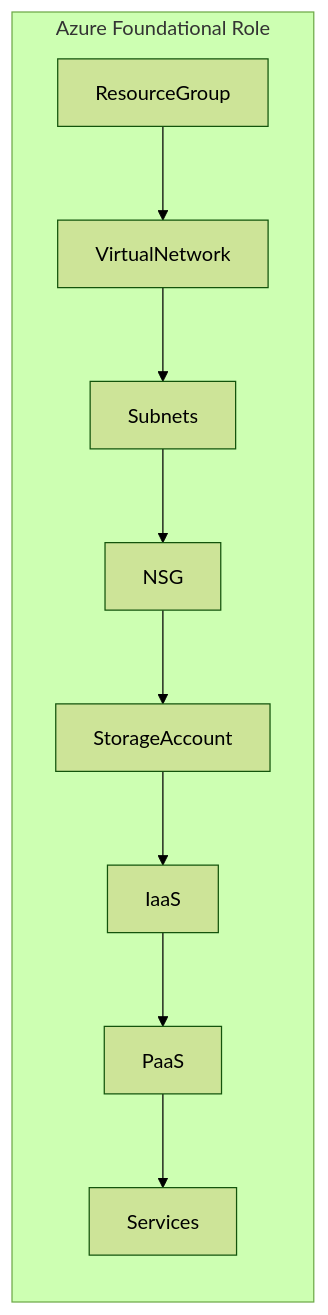
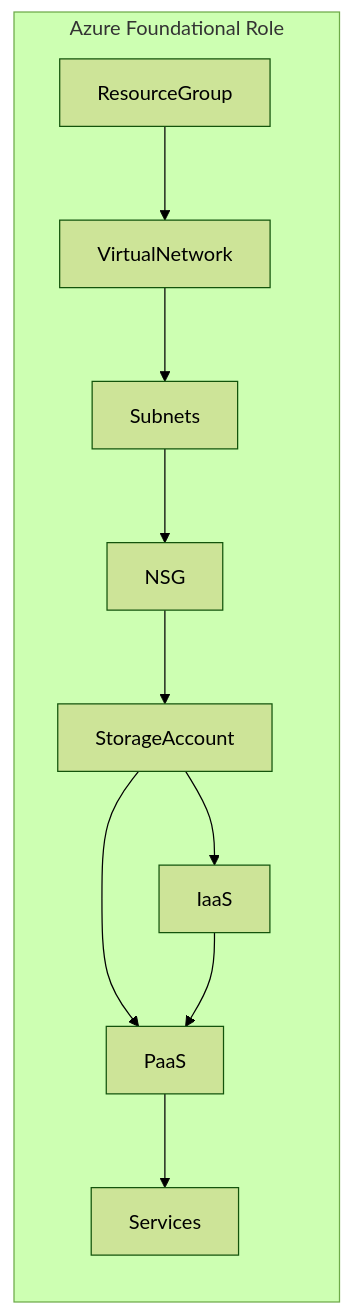
Before and after one commit to slagathor34/awx-lab: the diagram in azure-BlueShift/README.md, drawn with Mermaid (forest theme).

Commit message:
Graphic update

````diff
--- a/azure-BlueShift/README.md
+++ b/azure-BlueShift/README.md
@@ -5,12 +5,13 @@
 ```mermaid
 graph LR
   subgraph "Azure Foundational Role"
-  Node1[ResourceGroup] --> Node2[VirtualNetwork]
-  Node2[VirtualNetwork] --> Node3[Subnets]
-  Node3[Subnets] --> Node4[NSG]
-  Node4[NSG] --> Node5[StorageAccount]
+  Node1[ResourceGroup] --> Node2[VirtualNetwork];
+  Node2[VirtualNetwork] --> Node3[Subnets];
+  Node3[Subnets] --> Node4[NSG];
+  Node4[NSG] --> Node5[StorageAccount];
   Node5[StorageAccount] --> Node6[IaaS]
-  Node6[IaaS] --> Node7[Services]
-  Node7[PaaS] --> Node8[Services]
+  Node5[StorageAccount] --> Node7[PaaS];
+  Node6[IaaS] --> Node7[Services];
+  Node7[PaaS] --> Node8[Services];
 end
 ```
````
